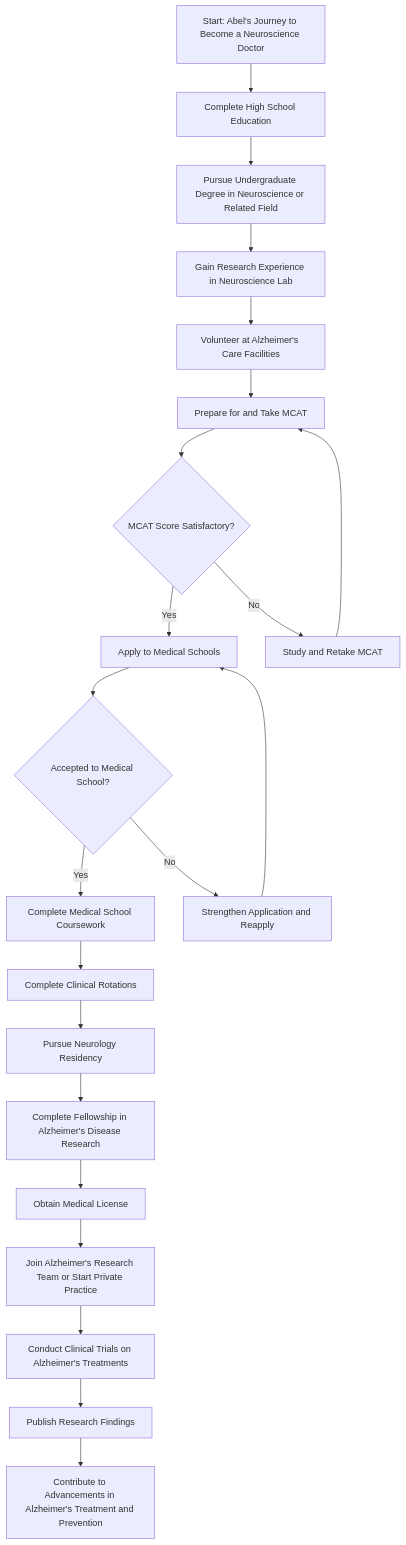
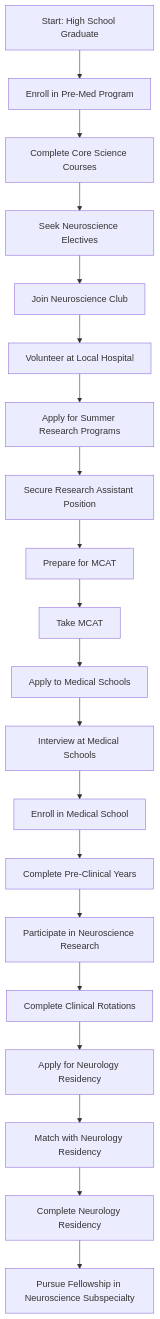
Before and after one commit to NickS294/SH2024-Roadie: the diagram in server/flowchart.mmd, drawn with Mermaid. The commit also changed 4 other files, not shown here.

````diff
--- a/server/flowchart.mmd
+++ b/server/flowchart.mmd
@@ -1,24 +1,20 @@
-```mermaid
 graph TD
-    A[Start: Abel's Journey to Become a Neuroscience Doctor] --> B[Complete High School Education]
-    B --> C[Pursue Undergraduate Degree in Neuroscience or Related Field]
-    C --> D[Gain Research Experience in Neuroscience Lab]
-    D --> E[Volunteer at Alzheimer's Care Facilities]
-    E --> F[Prepare for and Take MCAT]
-    F --> G{MCAT Score Satisfactory?}
-    G -->|Yes| H[Apply to Medical Schools]
-    G -->|No| I[Study and Retake MCAT]
-    I --> F
-    H --> J{Accepted to Medical School?}
-    J -->|Yes| K[Complete Medical School Coursework]
-    J -->|No| L[Strengthen Application and Reapply]
-    L --> H
-    K --> M[Complete Clinical Rotations]
-    M --> N[Pursue Neurology Residency]
-    N --> O[Complete Fellowship in Alzheimer's Disease Research]
-    O --> P[Obtain Medical License]
-    P --> Q[Join Alzheimer's Research Team or Start Private Practice]
-    Q --> R[Conduct Clinical Trials on Alzheimer's Treatments]
-    R --> S[Publish Research Findings]
-    S --> T[Contribute to Advancements in Alzheimer's Treatment and Prevention]
-```
+    A[Start: High School Graduate] --> B[Enroll in Pre-Med Program]
+    B --> C[Complete Core Science Courses]
+    C --> D[Seek Neuroscience Electives]
+    D --> E[Join Neuroscience Club]
+    E --> F[Volunteer at Local Hospital]
+    F --> G[Apply for Summer Research Programs]
+    G --> H[Secure Research Assistant Position]
+    H --> I[Prepare for MCAT]
+    I --> J[Take MCAT]
+    J --> K[Apply to Medical Schools]
+    K --> L[Interview at Medical Schools]
+    L --> M[Enroll in Medical School]
+    M --> N[Complete Pre-Clinical Years]
+    N --> O[Participate in Neuroscience Research]
+    O --> P[Complete Clinical Rotations]
+    P --> Q[Apply for Neurology Residency]
+    Q --> R[Match with Neurology Residency]
+    R --> S[Complete Neurology Residency]
+    S --> T[Pursue Fellowship in Neuroscience Subspecialty]
````
